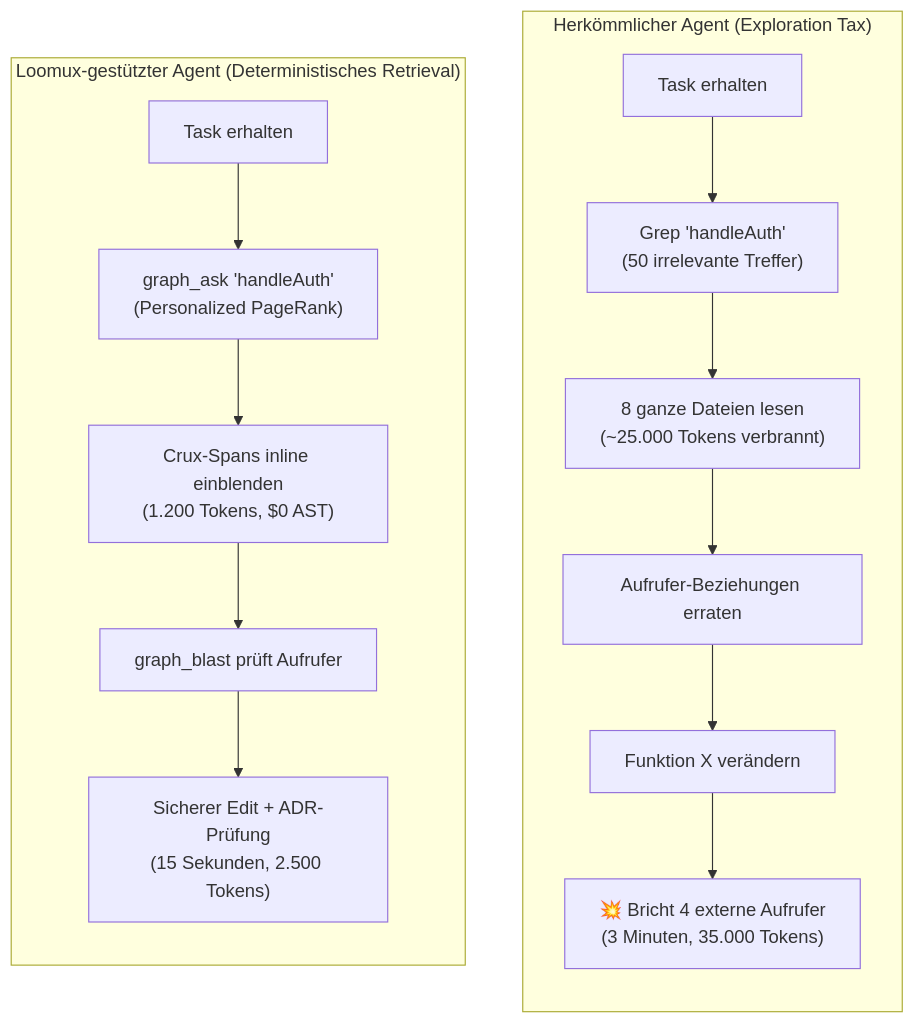
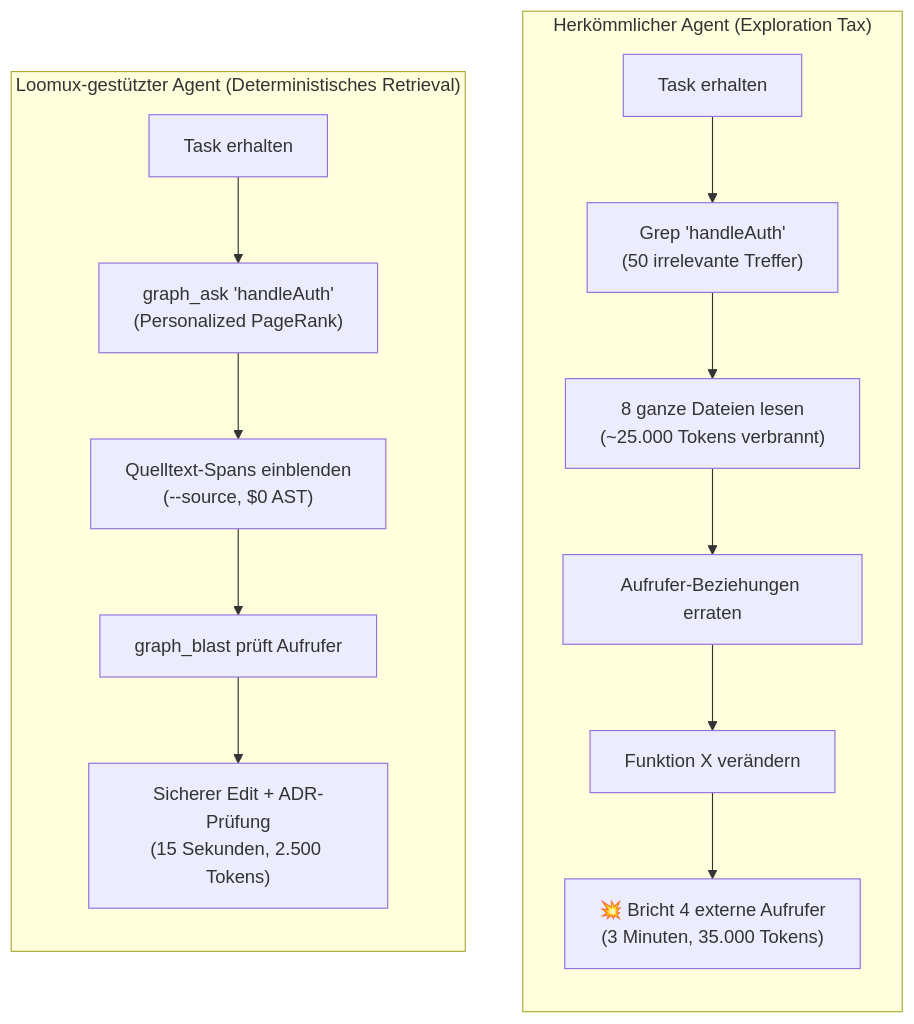
The first of 5 diagrams in docs/de/architecture.md (xidus90/loomux), drawn with Mermaid before and after one commit. The commit also changed other lines of this file and 9 other files, not shown here.

````diff
--- a/docs/de/architecture.md
+++ b/docs/de/architecture.md
@@ -18,19 +18,19 @@
 ```mermaid
 flowchart TD
     subgraph Herkoemmlich["Herkömmlicher Agent (Exploration Tax)"]
         direction TB
         Task1["Task erhalten"] --> Grep1["Grep 'handleAuth'<br/>(50 irrelevante Treffer)"]
         Grep1 --> Read1["8 ganze Dateien lesen<br/>(~25.000 Tokens verbrannt)"]
         Read1 --> Guess1["Aufrufer-Beziehungen erraten"]
         Guess1 --> Edit1["Funktion X verändern"]
         Edit1 --> Break1["💥 Bricht 4 externe Aufrufer<br/>(3 Minuten, 35.000 Tokens)"]
     end
 
     subgraph LoomuxGeleitet["Loomux-gestützter Agent (Deterministisches Retrieval)"]
         direction TB
         Task2["Task erhalten"] --> GraphRank["graph_ask 'handleAuth'<br/>(Personalized PageRank)"]
-        GraphRank --> Crux["Crux-Spans inline einblenden<br/>(1.200 Tokens, $0 AST)"]
-        Crux --> Blast["graph_blast prüft Aufrufer"]
+        GraphRank --> Spans["Quelltext-Spans einblenden<br/>(--source, $0 AST)"]
+        Spans --> Blast["graph_blast prüft Aufrufer"]
         Blast --> SafeEdit["Sicherer Edit + ADR-Prüfung<br/>(15 Sekunden, 2.500 Tokens)"]
     end
 ```
````
